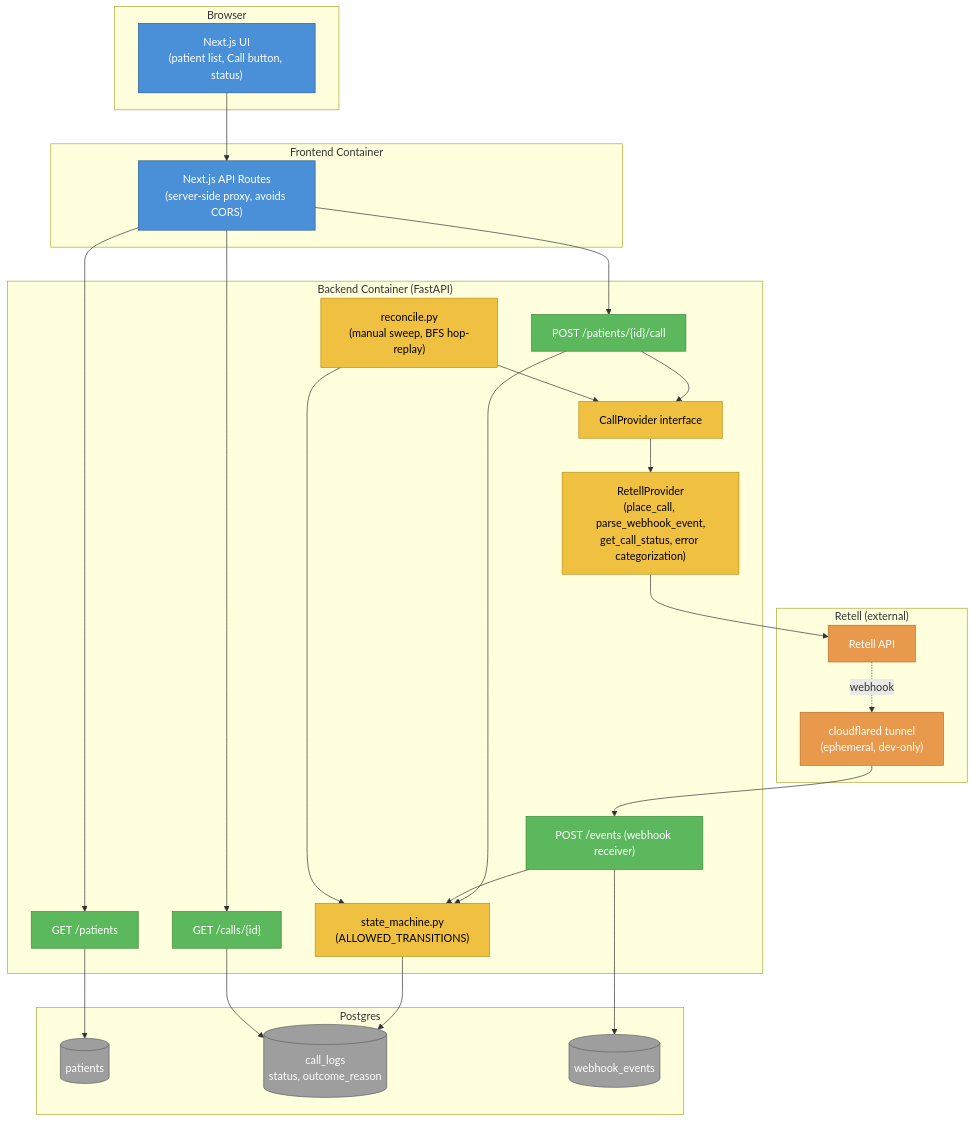
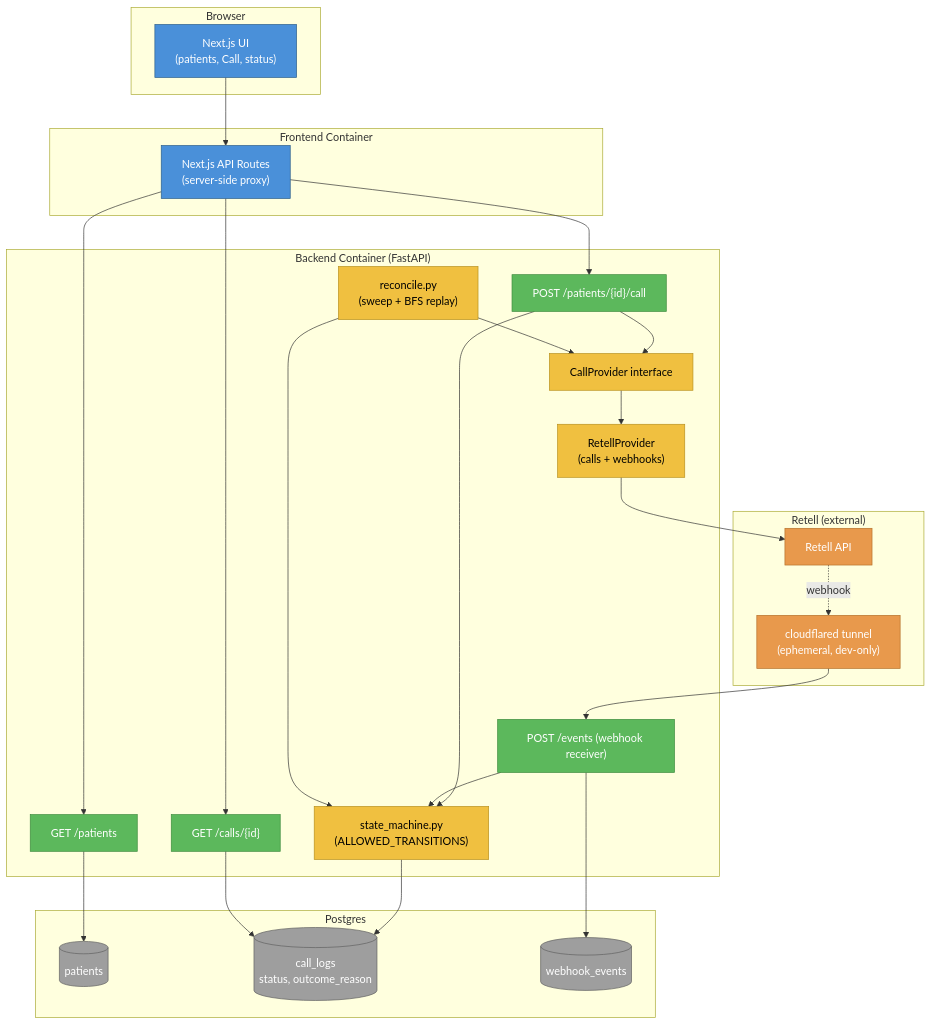
The first of 2 diagrams in README.md (liam-pinson/rely-health-ai-calling-agent), drawn with Mermaid before and after one commit. The commit also changed other lines of this file, not shown here.

Commit message:
fix cut off components in architecture diagram

````diff
--- a/README.md
+++ b/README.md
@@ -156,54 +156,54 @@
 ```mermaid
 flowchart TB
     subgraph Client["Browser"]
-        UI["Next.js UI<br/>(patient list, Call button, status)"]
+        UI["Next.js UI<br/>(patients, Call, status)"]
     end
 
     subgraph Frontend["Frontend Container"]
-        Proxy["Next.js API Routes<br/>(server-side proxy, avoids CORS)"]
+        Proxy["Next.js API Routes<br/>(server-side proxy)"]
     end
 
     subgraph Backend["Backend Container (FastAPI)"]
         Patients["GET /patients"]
         CallEP["POST /patients/{id}/call"]
         Events["POST /events (webhook receiver)"]
         CallsGet["GET /calls/{id}"]
         SM["state_machine.py<br/>(ALLOWED_TRANSITIONS)"]
-        Reconcile["reconcile.py<br/>(manual sweep, BFS hop-replay)"]
+        Reconcile["reconcile.py<br/>(sweep + BFS replay)"]
         Provider["CallProvider interface"]
-        Retell["RetellProvider<br/>(place_call, parse_webhook_event,<br/>get_call_status, error categorization)"]
+        Retell["RetellProvider<br/>(calls + webhooks)"]
     end
 
     subgraph DB["Postgres"]
         PatientTbl[("patients")]
         CallLogTbl[("call_logs<br/>status, outcome_reason")]
         WebhookTbl[("webhook_events")]
     end
 
     subgraph External["Retell (external)"]
         RetellAPI["Retell API"]
         Tunnel["cloudflared tunnel<br/>(ephemeral, dev-only)"]
     end
 
     UI --> Proxy --> Patients & CallEP & CallsGet
     CallEP --> SM --> CallLogTbl
     CallEP --> Provider --> Retell --> RetellAPI
     RetellAPI -.webhook.-> Tunnel --> Events --> WebhookTbl
     Events --> SM
     Reconcile --> Provider
     Reconcile --> SM
     Patients --> PatientTbl
     CallsGet --> CallLogTbl
 
     class UI,Proxy frontend
     class Patients,CallEP,Events,CallsGet route
     class SM,Reconcile,Provider,Retell logic
     class PatientTbl,CallLogTbl,WebhookTbl db
     class RetellAPI,Tunnel external
 
     classDef frontend fill:#4A90D9,stroke:#2C5F8A,color:#fff
     classDef route fill:#5CB85C,stroke:#3D8B3D,color:#fff
     classDef logic fill:#F0C040,stroke:#B8901E,color:#000
     classDef db fill:#9E9E9E,stroke:#616161,color:#fff
     classDef external fill:#E8994C,stroke:#B5702A,color:#fff
 ```
````
